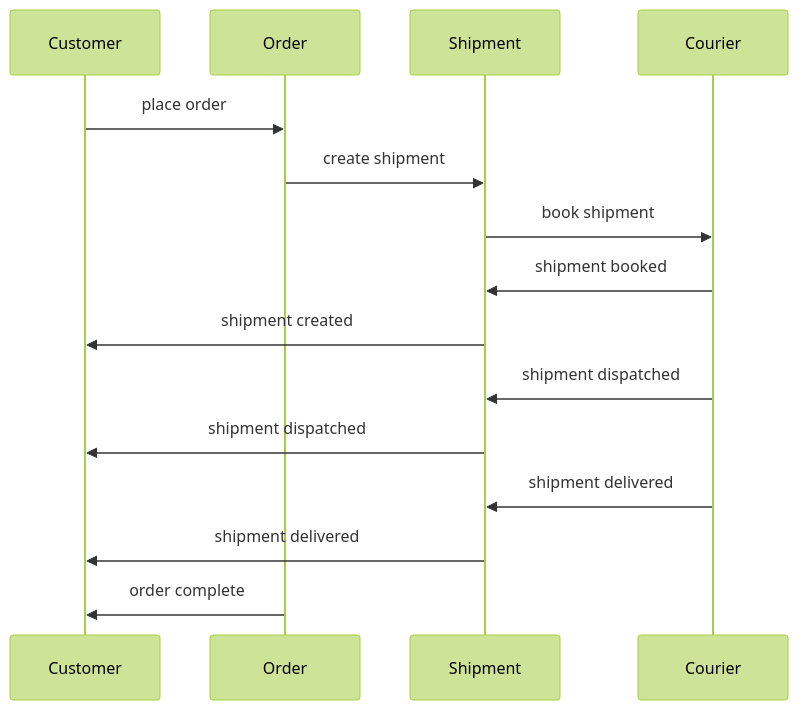
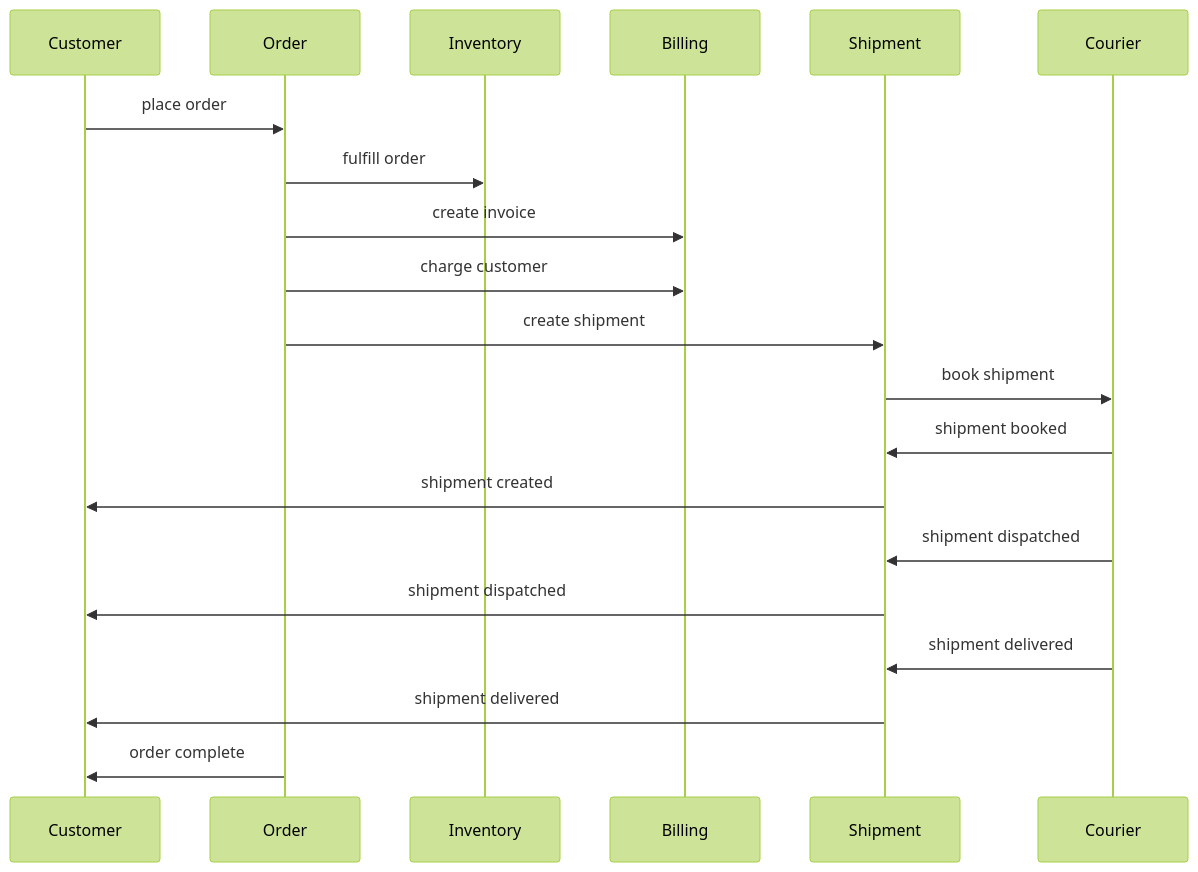
Before and after one commit to temporalio/reference-app-orders-go: the diagram in docs/overview.md, drawn with Mermaid (forest theme). The commit also changed 6 other files, not shown here.

````diff
--- a/docs/overview.md
+++ b/docs/overview.md
@@ -3,18 +3,23 @@
 ```mermaid
 sequenceDiagram
     participant Customer
     participant Order
+    participant Inventory
+    participant Billing
     participant Shipment
     participant Courier
     
     Customer->>Order: place order
+    Order->>Inventory: fulfill order
+    Order->>Billing: create invoice
+    Order->>Billing: charge customer
     Order->>Shipment: create shipment
     Shipment->>Courier: book shipment
     Courier->>Shipment: shipment booked
     Shipment->>Customer: shipment created
     Courier->>Shipment: shipment dispatched
     Shipment->>Customer: shipment dispatched
     Courier->>Shipment: shipment delivered
     Shipment->>Customer: shipment delivered
     Order->>Customer: order complete
 ```
````
